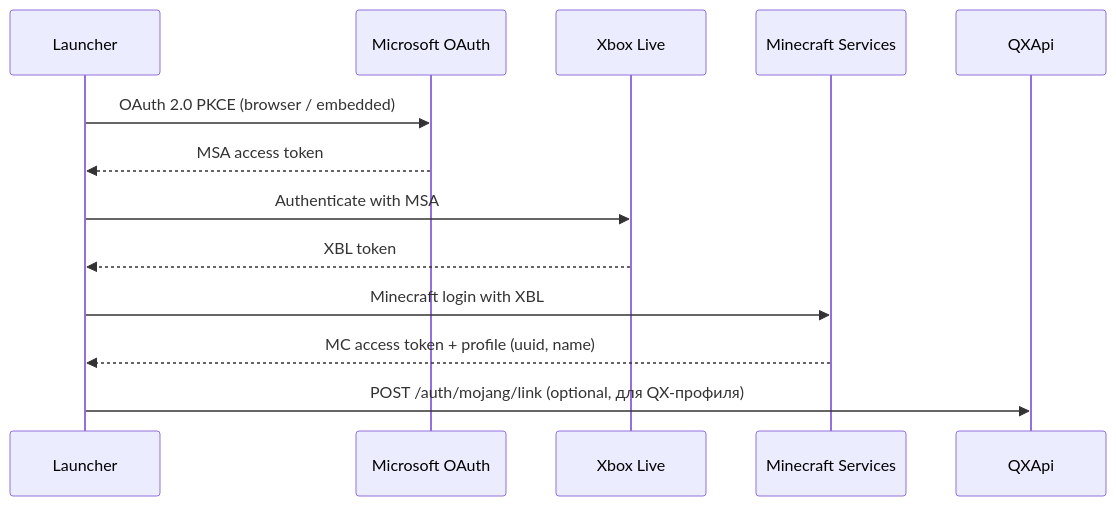
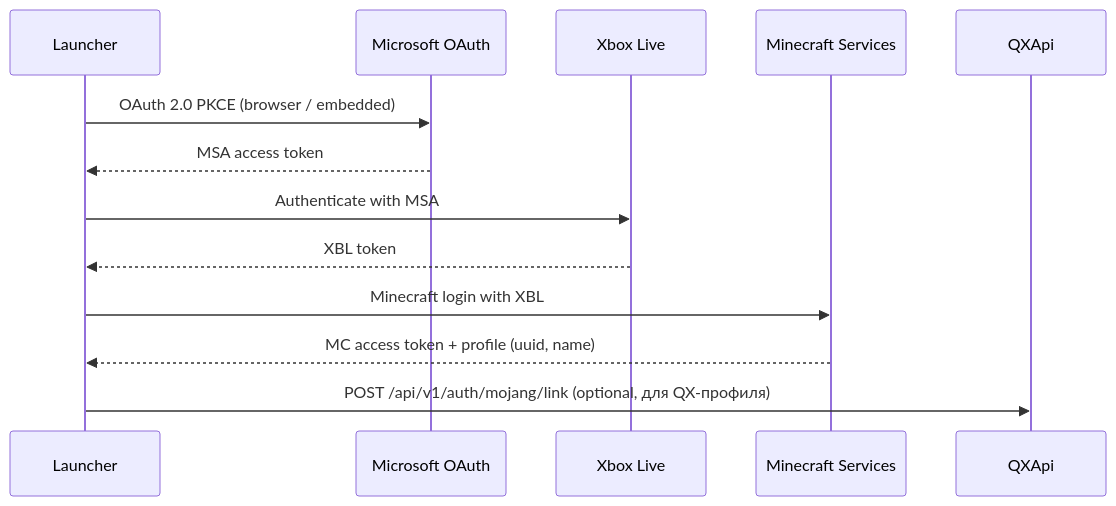
Before and after one commit to mindevis/qx-project: the tenth of 16 diagrams in docs/architecture.md, drawn with Mermaid. The commit also changed other lines of this file and 129 other files, not shown here.

First line of the commit message:
Implement Phase 0 foundation: auth API, QXWeb UI, and full test coverage.

````diff
--- a/docs/architecture.md
+++ b/docs/architecture.md
@@ -730,16 +774,16 @@
 ```mermaid
 sequenceDiagram
     participant L as Launcher
     participant MS as Microsoft OAuth
     participant Xbox as Xbox Live
     participant MC as Minecraft Services
     participant API as QXApi
 
     L->>MS: OAuth 2.0 PKCE (browser / embedded)
     MS-->>L: MSA access token
     L->>Xbox: Authenticate with MSA
     Xbox-->>L: XBL token
     L->>MC: Minecraft login with XBL
     MC-->>L: MC access token + profile (uuid, name)
-    L->>API: POST /auth/mojang/link (optional, для QX-профиля)
+    L->>API: POST /api/v1/auth/mojang/link (optional, для QX-профиля)
 ```
````
